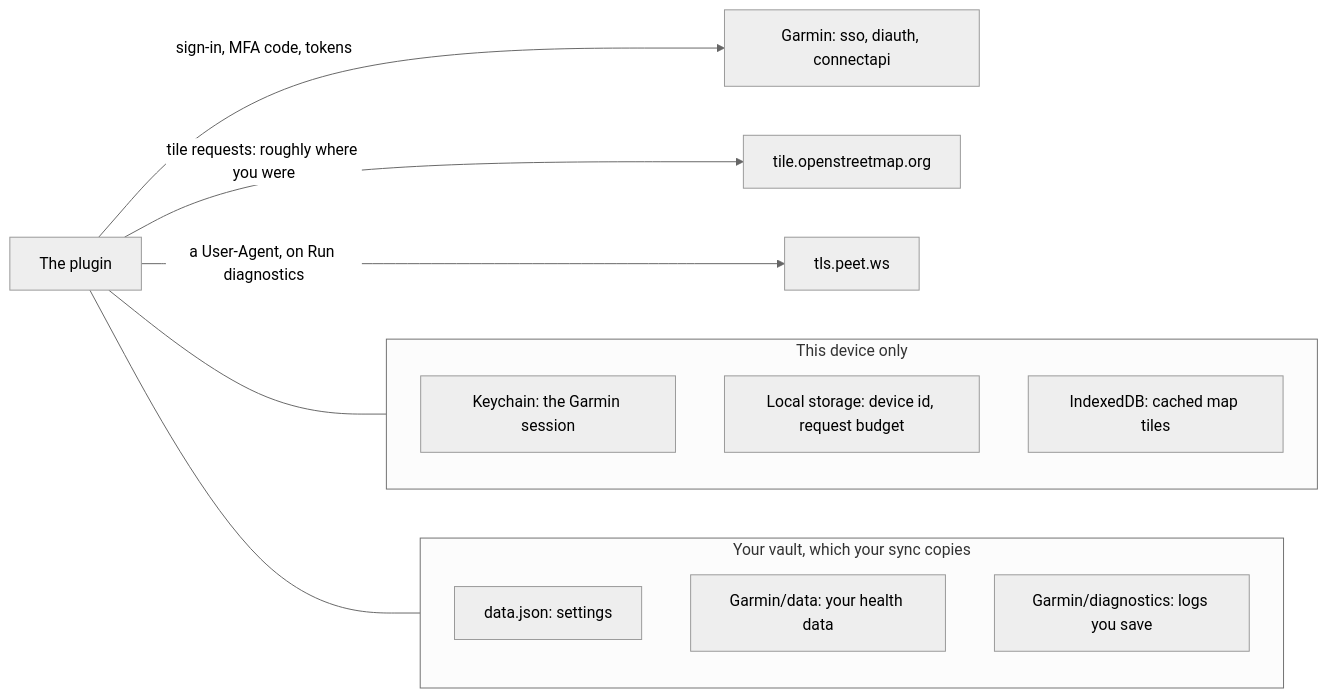
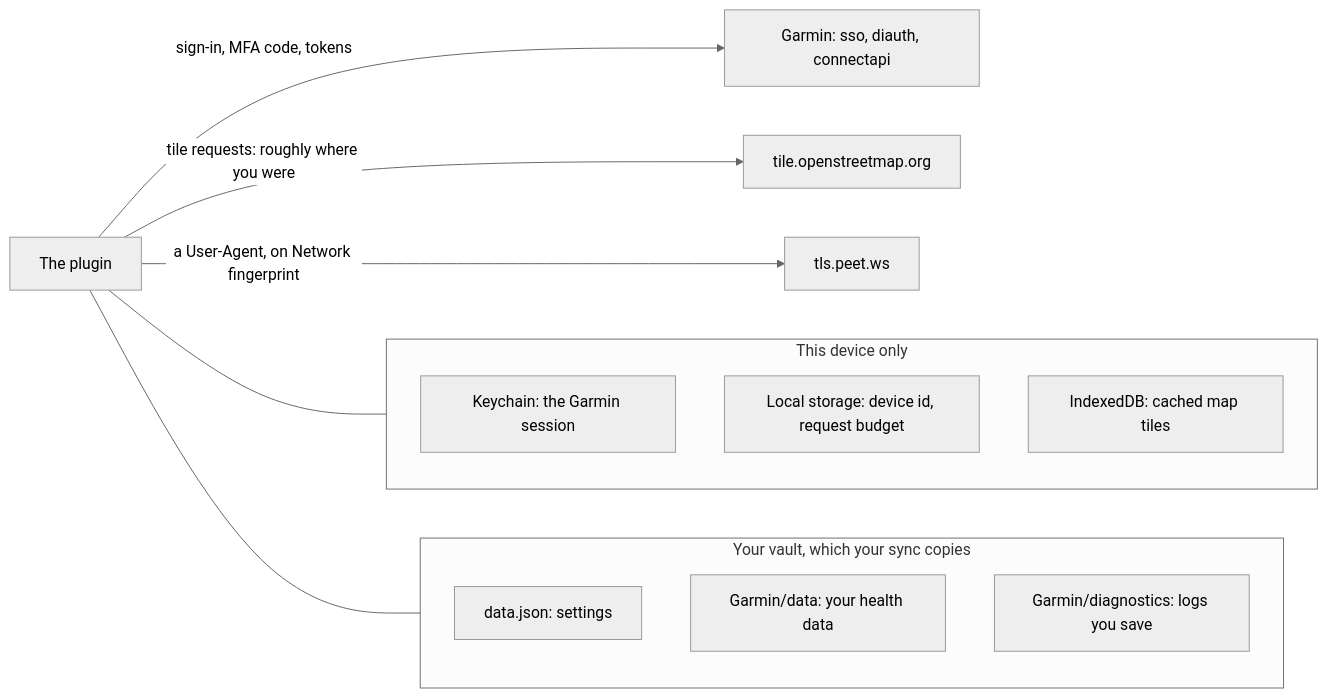
One commit to tareqayz/Obsidian-Garmin-Connect changed the diagram in docs/SECURITY.md. Above: the diagram before and after it, drawn with Mermaid (neutral theme). The commit also changed other lines of this file and 14 other files, not shown here.

````diff
--- a/docs/SECURITY.md
+++ b/docs/SECURITY.md
@@ -12,18 +12,18 @@
 ```mermaid
 flowchart LR
   subgraph device["This device only"]
     keychain["Keychain: the Garmin session"]
     local["Local storage: device id, request budget"]
     tiles["IndexedDB: cached map tiles"]
   end
   subgraph vault["Your vault, which your sync copies"]
     settings["data.json: settings"]
     data["Garmin/data: your health data"]
     logs["Garmin/diagnostics: logs you save"]
   end
   plugin["The plugin"] --- device
   plugin --- vault
   plugin -->|"sign-in, MFA code, tokens"| garmin["Garmin: sso, diauth, connectapi"]
   plugin -->|"tile requests: roughly where you were"| osm["tile.openstreetmap.org"]
-  plugin -->|"a User-Agent, on Run diagnostics"| peet["tls.peet.ws"]
+  plugin -->|"a User-Agent, on Network fingerprint"| peet["tls.peet.ws"]
 ```
````
